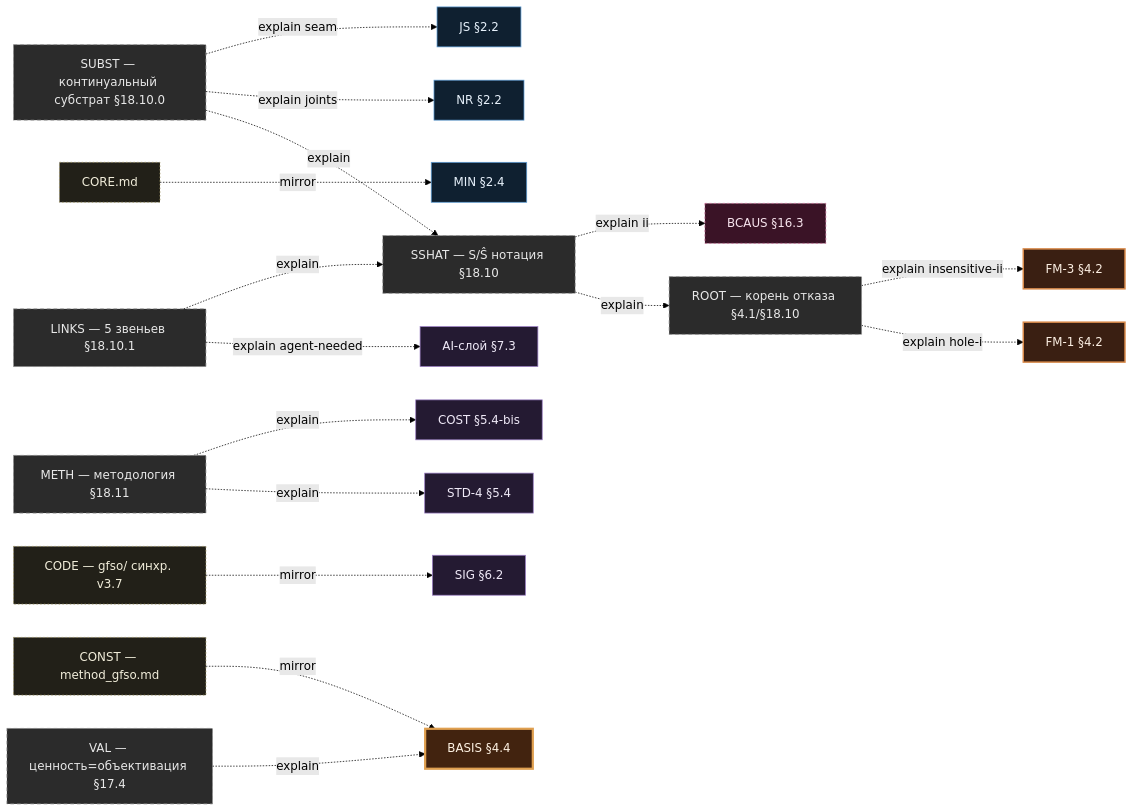
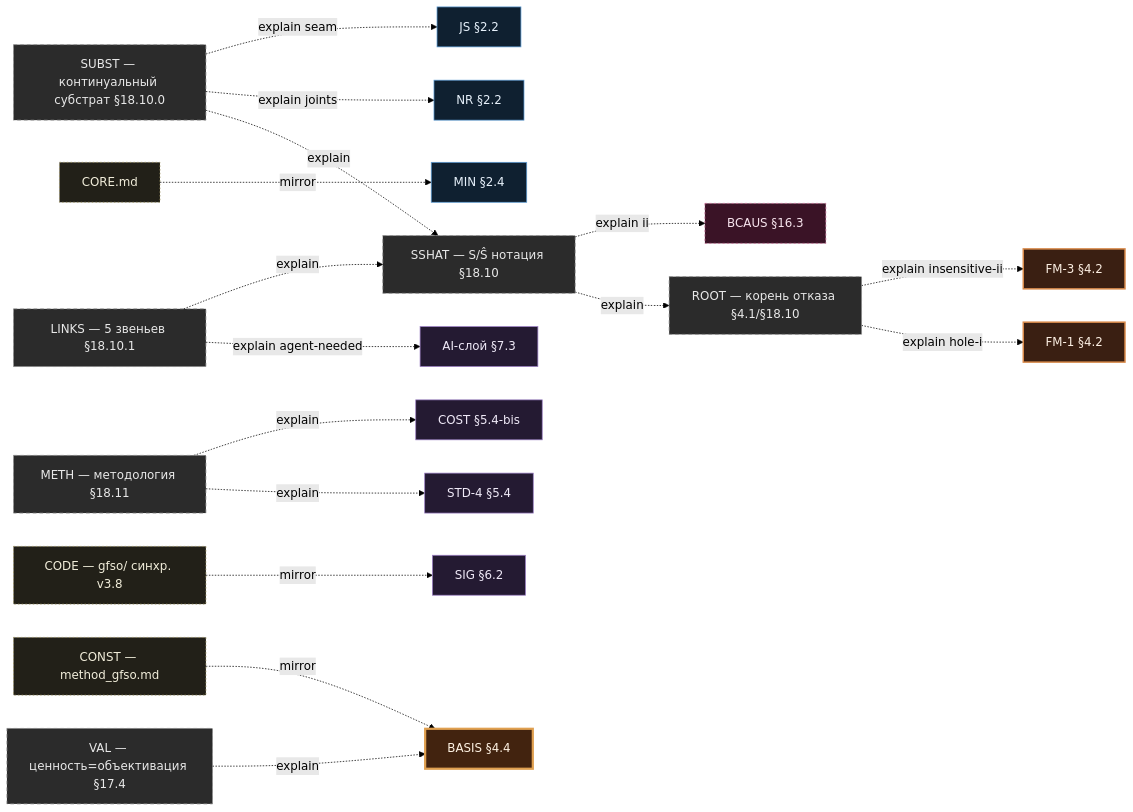
Before and after one commit to Kirill-Shokhin/GFSO: the fourth of 5 diagrams in docs/gfso_dependency_map.md, drawn with Mermaid (forest theme). The commit also changed other lines of this file and 32 other files, not shown here.

````diff
--- a/docs/gfso_dependency_map.md
+++ b/docs/gfso_dependency_map.md
@@ -393,58 +391,58 @@
 ```mermaid
 %%{init: {'flowchart': {'nodeSpacing': 45, 'rankSpacing': 55}}}%%
 flowchart LR
   classDef prim fill:#143226,stroke:#5fbf8f,color:#e9f7ef,stroke-width:2px;
   classDef derived fill:#0f2030,stroke:#5b9bd5,color:#e6f0fa;
   classDef fm fill:#3a1f12,stroke:#d98a4a,color:#fbeee2,stroke-width:2px;
   classDef basis fill:#42230f,stroke:#e0a050,color:#fdf1e2,stroke-width:3px;
   classDef guard fill:#241a32,stroke:#9b7fc4,color:#efe9f7;
   classDef overlay fill:#2b2b2b,stroke:#8a8a8a,color:#e8e8e8,stroke-dasharray:5 4;
   classDef bound fill:#3a1326,stroke:#c46a93,color:#f6e3ec,stroke-dasharray:3 3;
   classDef mirror fill:#222018,stroke:#9a8f5a,color:#f1edda,stroke-dasharray:2 3;
 
   %% теормодель overlay
   SSHAT["SSHAT — S/Ŝ нотация §18.10"]
   SUBST["SUBST — континуальный субстрат §18.10.0"]
   LINKS["LINKS — 5 звеньев §18.10.1"]
   METH["METH — методология §18.11"]
   VAL["VAL — ценность=объективация §17.4"]
   ROOT["ROOT — корень отказа §4.1/§18.10"]
   class SSHAT,SUBST,LINKS,METH,VAL,ROOT overlay
 
   %% зеркала
   CONST["CONST — method_gfso.md"]
   CORE["CORE.md"]
-  CODE["CODE — gfso/ синхр. v3.7"]
+  CODE["CODE — gfso/ синхр. v3.8"]
   class CONST,CORE,CODE mirror
 
   %% light-якоря
   NR["NR §2.2"]; JS["JS §2.2"]; MIN["MIN §2.4"]
   class NR,JS,MIN derived
   FM1["FM-1 §4.2"]; FM3["FM-3 §4.2"]
   class FM1,FM3 fm
   STD4["STD-4 §5.4"]; COST["COST §5.4-bis"]; SIG["SIG §6.2"]; AI["AI-слой §7.3"]
   class STD4,COST,SIG,AI guard
   BASIS["BASIS §4.4"]
   class BASIS basis
   BCAUS["BCAUS §16.3"]
   class BCAUS bound
 
   %% теормодель = explain (пунктир), не выводит аппарат
   ROOT -.->|explain hole-i| FM1
   ROOT -.->|explain insensitive-ii| FM3
   SSHAT -.->|explain| ROOT
   SUBST -.->|explain| SSHAT
   SUBST -.->|explain joints| NR
   SUBST -.->|explain seam| JS
   LINKS -.->|explain agent-needed| AI
   LINKS -.->|explain| SSHAT
   METH -.->|explain| STD4
   METH -.->|explain| COST
   VAL -.->|explain| BASIS
   SSHAT -.->|explain ii| BCAUS
 
   %% зеркала = проекции канона
   CONST -.->|mirror| BASIS
   CORE -.->|mirror| MIN
   CODE -.->|mirror| SIG
 ```
````
